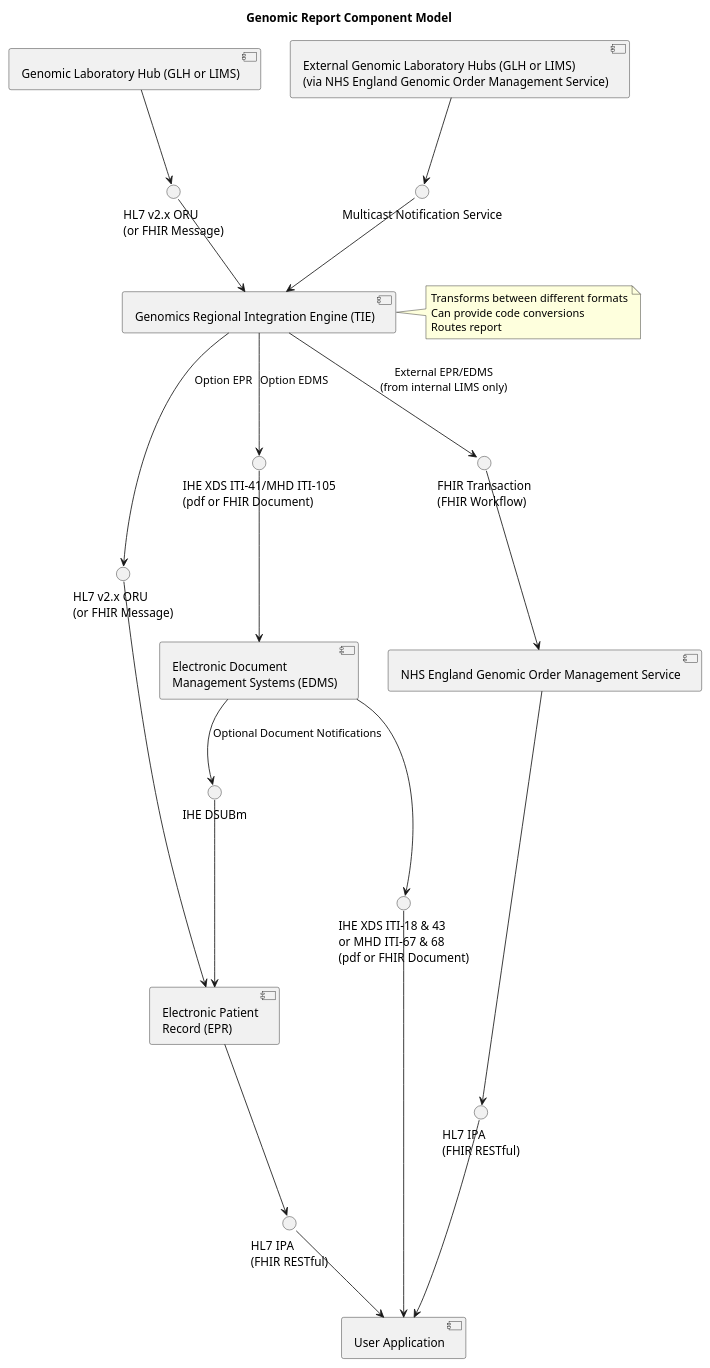
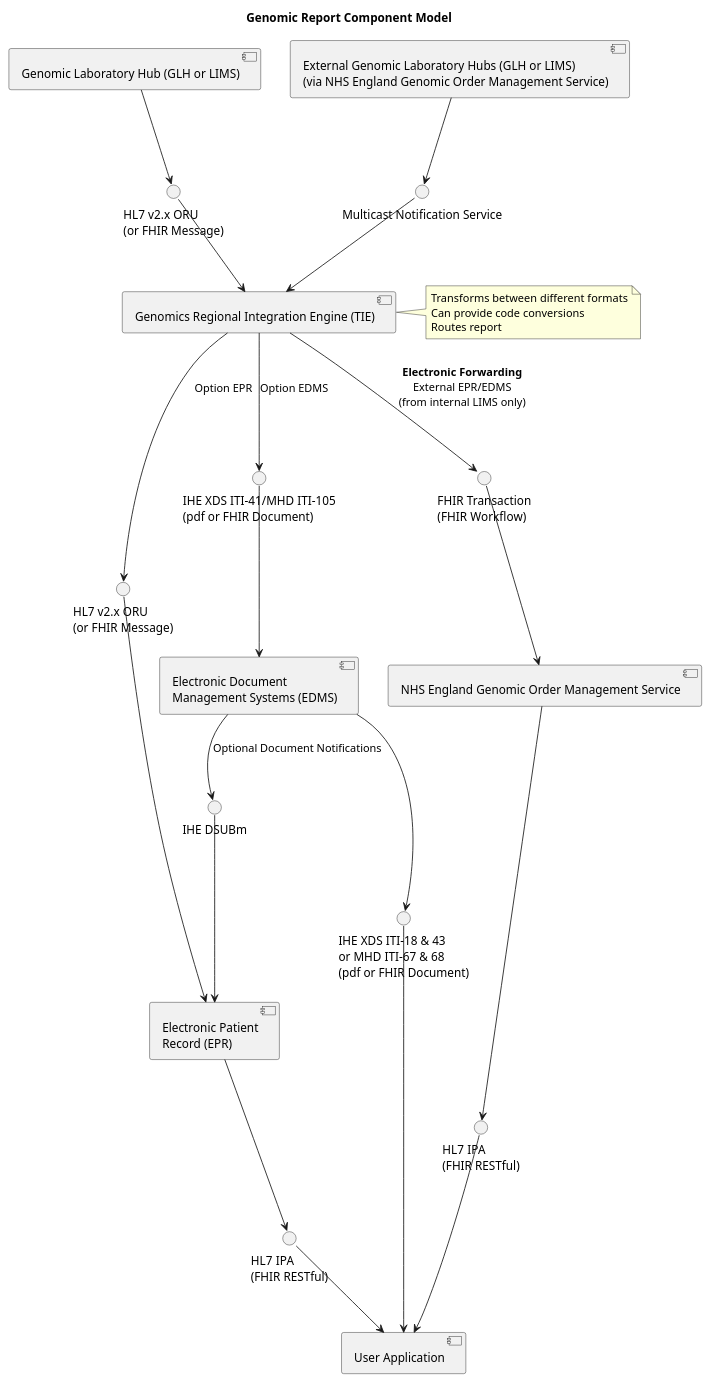
The diagram in input/images-source/reports-component.plantuml (nw-gmsa/nw-gmsa.github.com), drawn with PlantUML before and after one commit.

Commit message:
Changed terminology to match NHSE FHIR IG

```diff
--- a/input/images-source/reports-component.plantuml
+++ b/input/images-source/reports-component.plantuml
@@ -1,61 +1,61 @@
 @startuml
 
 title "Genomic Report Component Model"
 
 component "Genomic Laboratory Hub (GLH or LIMS)" as LIMS
 component "External Genomic Laboratory Hubs (GLH or LIMS)\n(via NHS England Genomic Order Management Service)" as xLIMS
 
 component "Electronic Patient\nRecord (EPR)" as EPR
 
 component "Electronic Document\nManagement Systems (EDMS)" as EDMS
 
 component "Genomics Regional Integration Engine (TIE)" as TIE
 component "NHS England Genomic Order Management Service" as GOMS
 
 interface "HL7 v2.x ORU\n(or FHIR Message)" as HL7_ORU1
 interface "HL7 v2.x ORU\n(or FHIR Message)" as HL7_ORU2
 interface "Multicast Notification Service" as MNS
 interface "FHIR Transaction\n(FHIR Workflow)" as Transaction
 interface "IHE XDS ITI-41/MHD ITI-105\n(pdf or FHIR Document)" as MHD105
 interface "HL7 IPA\n(FHIR RESTful)" as IPA
 interface "IHE XDS ITI-18 & 43\nor MHD ITI-67 & 68\n(pdf or FHIR Document)" as MHD67
 
 interface "HL7 IPA\n(FHIR RESTful)" as IPA2
 
 interface "IHE DSUBm" as DSUBm
 
 component "User Application" as user
 
 LIMS -d-> HL7_ORU1
 HL7_ORU1 -d-> TIE
 
 xLIMS -d-> MNS
 MNS -d-> TIE
 
 TIE -d-> HL7_ORU2 : Option EPR
 HL7_ORU2 -d-> EPR
 
 TIE -d-> MHD105 : Option EDMS
 MHD105 -d-> EDMS
 
-TIE -d-> Transaction : External EPR/EDMS\n(from internal LIMS only)
+TIE -d-> Transaction : **Electronic Forwarding**\nExternal EPR/EDMS\n(from internal LIMS only)
 Transaction -d-> GOMS
 GOMS -d-> IPA2
 
 EDMS -d-> MHD67
 EPR -d-> IPA
 
 IPA -d-> user
 MHD67 -d-> user
 IPA2 -d-> user
 
 EDMS --> DSUBm : Optional Document Notifications
 DSUBm --> EPR
 
 note right of TIE
 Transforms between different formats
 Can provide code conversions
 Routes report
 end note
 
 @enduml
```
